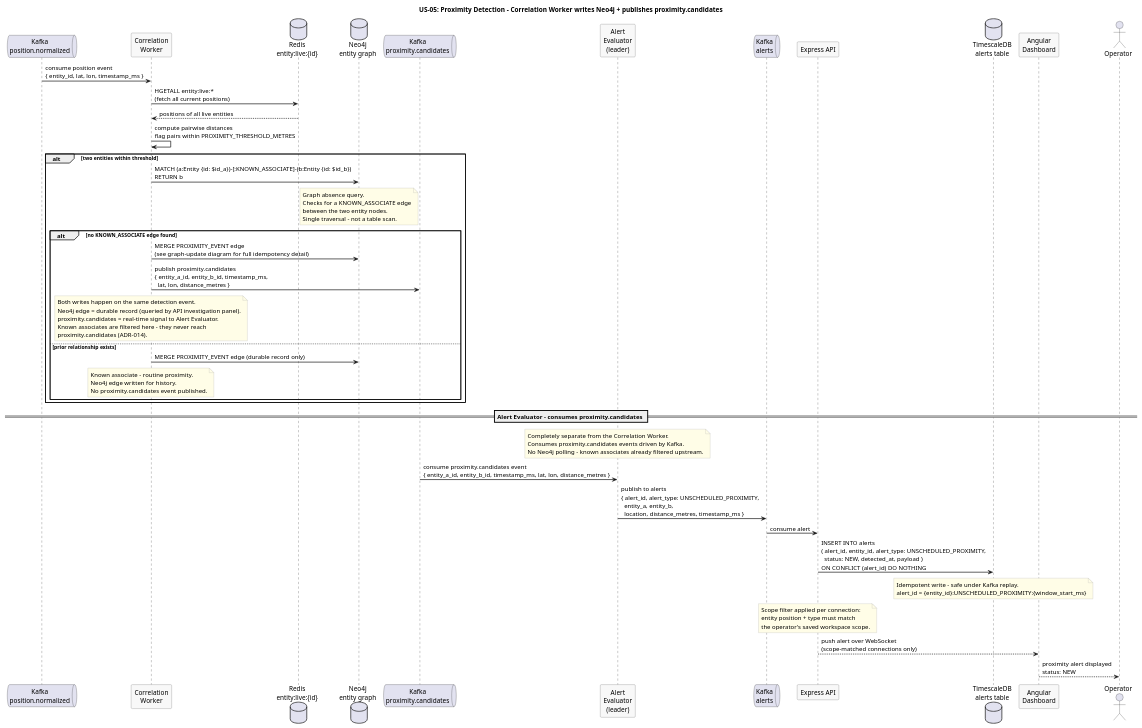
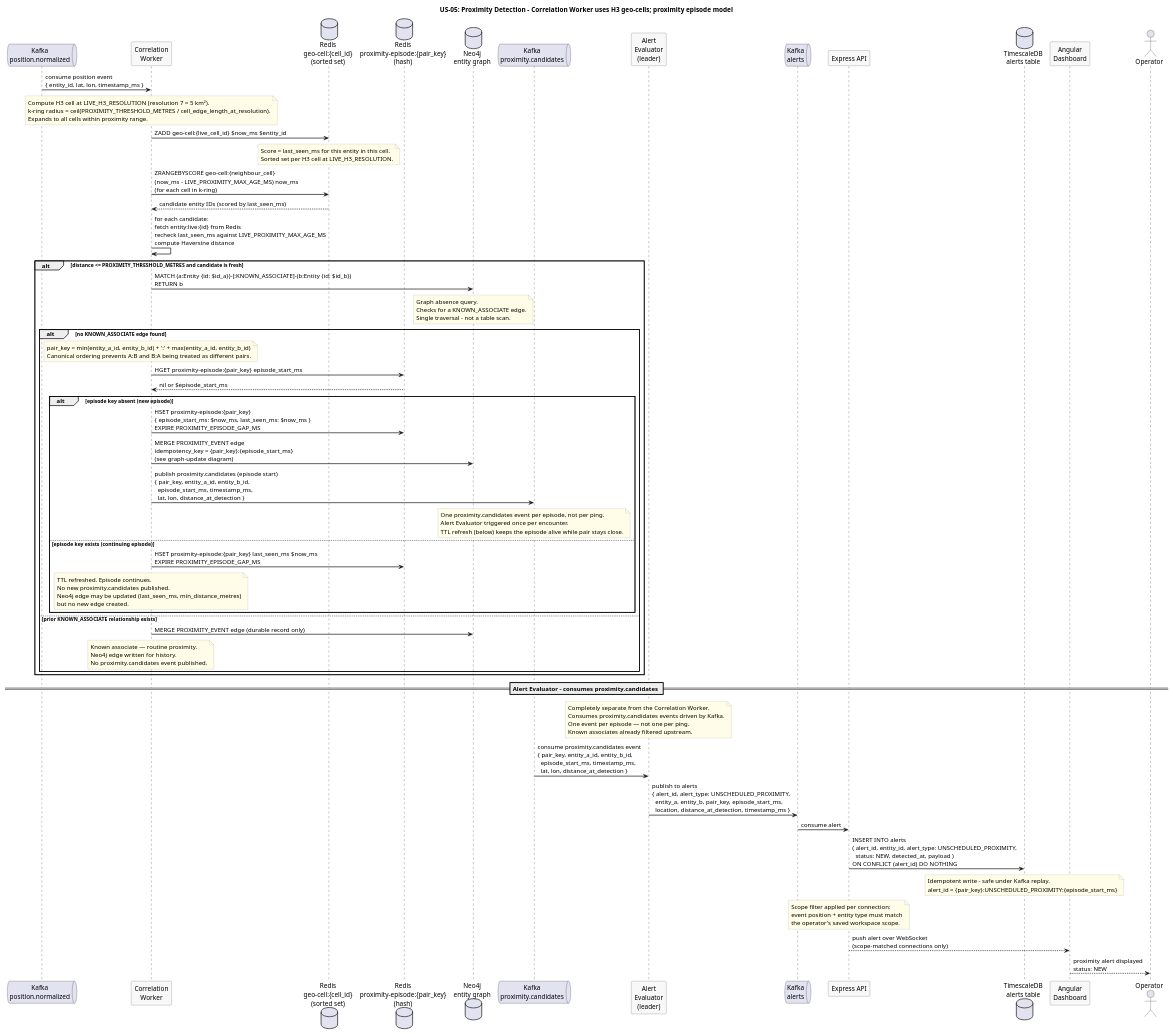
The diagram in docs/use-cases/US-05-unscheduled-proximity/proximity-detection.puml (Buffden/sentinel), drawn with PlantUML before and after one commit. The commit also changed 3 other files, not shown here.

First line of the commit message:
correlation: proximity episode model — one Neo4j edge and one Kafka event per episode

```diff
--- a/docs/use-cases/US-05-unscheduled-proximity/proximity-detection.puml
+++ b/docs/use-cases/US-05-unscheduled-proximity/proximity-detection.puml
@@ -1,91 +1,121 @@
 @startuml proximity-detection
-title US-05: Proximity Detection - Correlation Worker writes Neo4j + publishes proximity.candidates
+title US-05: Proximity Detection - Correlation Worker uses H3 geo-cells; proximity episode model
 
 skinparam sequenceArrowThickness 1.5
 skinparam participantBorderColor #555555
 skinparam participantBackgroundColor #F8F8F8
 skinparam noteBorderColor #AAAAAA
 skinparam noteBackgroundColor #FFFDE7
 
 queue "Kafka\nposition.normalized" as Kafka
 participant "Correlation\nWorker" as Correlation
-database "Redis\nentity:live:{id}" as Redis
+database "Redis\ngeo-cell:{cell_id}\n(sorted set)" as GeoCell
+database "Redis\nproximity-episode:{pair_key}\n(hash)" as Episode
 database "Neo4j\nentity graph" as Neo4j
 queue "Kafka\nproximity.candidates" as ProxKafka
 participant "Alert\nEvaluator\n(leader)" as Evaluator
 queue "Kafka\nalerts" as Alerts
 participant "Express API" as API
 database "TimescaleDB\nalerts table" as TSDB
 participant "Angular\nDashboard" as Dashboard
 actor Operator
 
 Kafka -> Correlation : consume position event\n{ entity_id, lat, lon, timestamp_ms }
 
-Correlation -> Redis : HGETALL entity:live:*\n(fetch all current positions)
-Redis --> Correlation : positions of all live entities
+note over Correlation
+  Compute H3 cell at LIVE_H3_RESOLUTION (resolution 7 ≈ 5 km²).
+  k-ring radius = ceil(PROXIMITY_THRESHOLD_METRES / cell_edge_length_at_resolution).
+  Expands to all cells within proximity range.
+end note
 
-Correlation -> Correlation : compute pairwise distances\nflag pairs within PROXIMITY_THRESHOLD_METRES
+Correlation -> GeoCell : ZADD geo-cell:{live_cell_id} $now_ms $entity_id
+note over GeoCell
+  Score = last_seen_ms for this entity in this cell.
+  Sorted set per H3 cell at LIVE_H3_RESOLUTION.
+end note
 
-alt two entities within threshold
+Correlation -> GeoCell : ZRANGEBYSCORE geo-cell:{neighbour_cell}\n(now_ms - LIVE_PROXIMITY_MAX_AGE_MS) now_ms\n(for each cell in k-ring)
+GeoCell --> Correlation : candidate entity IDs (scored by last_seen_ms)
+
+Correlation -> Correlation : for each candidate:\nfetch entity:live:{id} from Redis\nrecheck last_seen_ms against LIVE_PROXIMITY_MAX_AGE_MS\ncompute Haversine distance
+
+alt distance <= PROXIMITY_THRESHOLD_METRES and candidate is fresh
   Correlation -> Neo4j : MATCH (a:Entity {id: $id_a})-[:KNOWN_ASSOCIATE]-(b:Entity {id: $id_b})\nRETURN b
 
   note over Neo4j
     Graph absence query.
-    Checks for a KNOWN_ASSOCIATE edge
-    between the two entity nodes.
+    Checks for a KNOWN_ASSOCIATE edge.
     Single traversal - not a table scan.
   end note
 
   alt no KNOWN_ASSOCIATE edge found
-    Correlation -> Neo4j : MERGE PROXIMITY_EVENT edge\n(see graph-update diagram for full idempotency detail)
-
-    Correlation -> ProxKafka : publish proximity.candidates\n{ entity_a_id, entity_b_id, timestamp_ms,\n  lat, lon, distance_metres }
-
     note over Correlation
-      Both writes happen on the same detection event.
-      Neo4j edge = durable record (queried by API investigation panel).
-      proximity.candidates = real-time signal to Alert Evaluator.
-      Known associates are filtered here - they never reach
-      proximity.candidates (ADR-014).
+      pair_key = min(entity_a_id, entity_b_id) + ':' + max(entity_a_id, entity_b_id)
+      Canonical ordering prevents A:B and B:A being treated as different pairs.
     end note
 
-  else prior relationship exists
+    Correlation -> Episode : HGET proximity-episode:{pair_key} episode_start_ms
+    Episode --> Correlation : nil or $episode_start_ms
+
+    alt episode key absent (new episode)
+      Correlation -> Episode : HSET proximity-episode:{pair_key}\n{ episode_start_ms: $now_ms, last_seen_ms: $now_ms }\nEXPIRE PROXIMITY_EPISODE_GAP_MS
+      Correlation -> Neo4j : MERGE PROXIMITY_EVENT edge\nidempotency_key = {pair_key}:{episode_start_ms}\n(see graph-update diagram)
+      Correlation -> ProxKafka : publish proximity.candidates (episode start)\n{ pair_key, entity_a_id, entity_b_id,\n  episode_start_ms, timestamp_ms,\n  lat, lon, distance_at_detection }
+
+      note over ProxKafka
+        One proximity.candidates event per episode, not per ping.
+        Alert Evaluator triggered once per encounter.
+        TTL refresh (below) keeps the episode alive while pair stays close.
+      end note
+
+    else episode key exists (continuing episode)
+      Correlation -> Episode : HSET proximity-episode:{pair_key} last_seen_ms $now_ms\nEXPIRE PROXIMITY_EPISODE_GAP_MS
+      note over Correlation
+        TTL refreshed. Episode continues.
+        No new proximity.candidates published.
+        Neo4j edge may be updated (last_seen_ms, min_distance_metres)
+        but no new edge created.
+      end note
+    end
+
+  else prior KNOWN_ASSOCIATE relationship exists
     Correlation -> Neo4j : MERGE PROXIMITY_EVENT edge (durable record only)
     note over Correlation
-      Known associate - routine proximity.
+      Known associate — routine proximity.
       Neo4j edge written for history.
       No proximity.candidates event published.
     end note
   end
 end
 
 == Alert Evaluator - consumes proximity.candidates ==
 
 note over Evaluator
   Completely separate from the Correlation Worker.
   Consumes proximity.candidates events driven by Kafka.
-  No Neo4j polling - known associates already filtered upstream.
+  One event per episode — not one per ping.
+  Known associates already filtered upstream.
 end note
 
-ProxKafka -> Evaluator : consume proximity.candidates event\n{ entity_a_id, entity_b_id, timestamp_ms, lat, lon, distance_metres }
+ProxKafka -> Evaluator : consume proximity.candidates event\n{ pair_key, entity_a_id, entity_b_id,\n  episode_start_ms, timestamp_ms,\n  lat, lon, distance_at_detection }
 
-Evaluator -> Alerts : publish to alerts\n{ alert_id, alert_type: UNSCHEDULED_PROXIMITY,\n  entity_a, entity_b,\n  location, distance_metres, timestamp_ms }
+Evaluator -> Alerts : publish to alerts\n{ alert_id, alert_type: UNSCHEDULED_PROXIMITY,\n  entity_a, entity_b, pair_key, episode_start_ms,\n  location, distance_at_detection, timestamp_ms }
 
 Alerts -> API : consume alert
 API -> TSDB : INSERT INTO alerts\n( alert_id, entity_id, alert_type: UNSCHEDULED_PROXIMITY,\n  status: NEW, detected_at, payload )\nON CONFLICT (alert_id) DO NOTHING
 
 note over TSDB
   Idempotent write - safe under Kafka replay.
-  alert_id = {entity_id}:UNSCHEDULED_PROXIMITY:{window_start_ms}
+  alert_id = {pair_key}:UNSCHEDULED_PROXIMITY:{episode_start_ms}
 end note
 
 note over API
   Scope filter applied per connection:
-  entity position + type must match
+  event position + entity type must match
   the operator's saved workspace scope.
 end note
 
 API --> Dashboard : push alert over WebSocket\n(scope-matched connections only)
 Dashboard --> Operator : proximity alert displayed\nstatus: NEW
 
 @enduml
```
